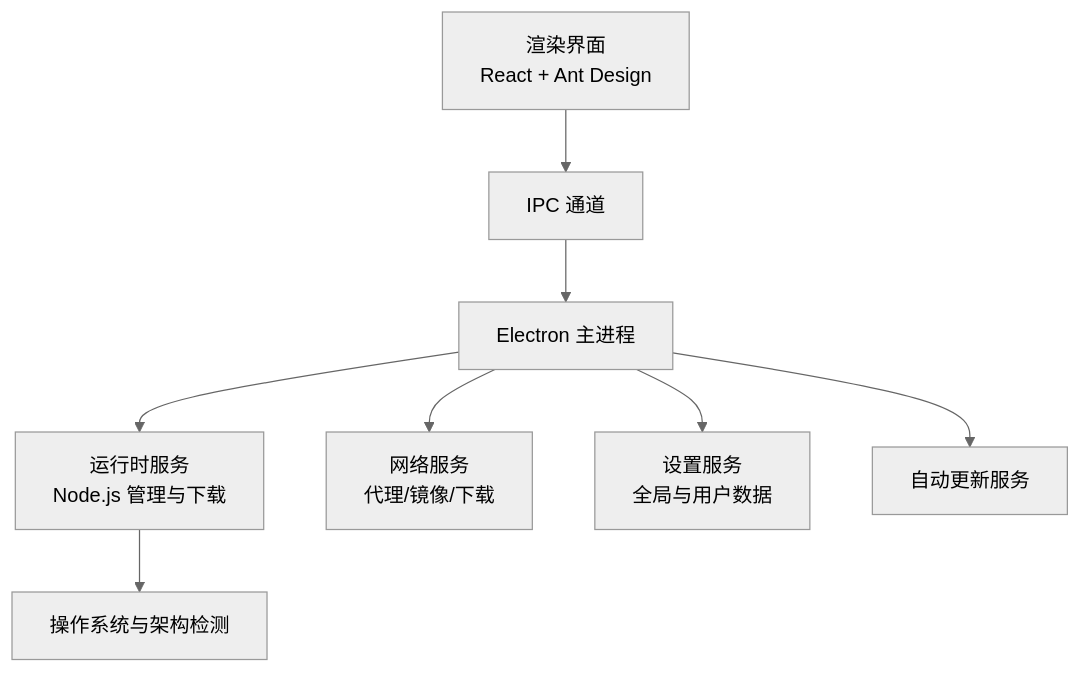
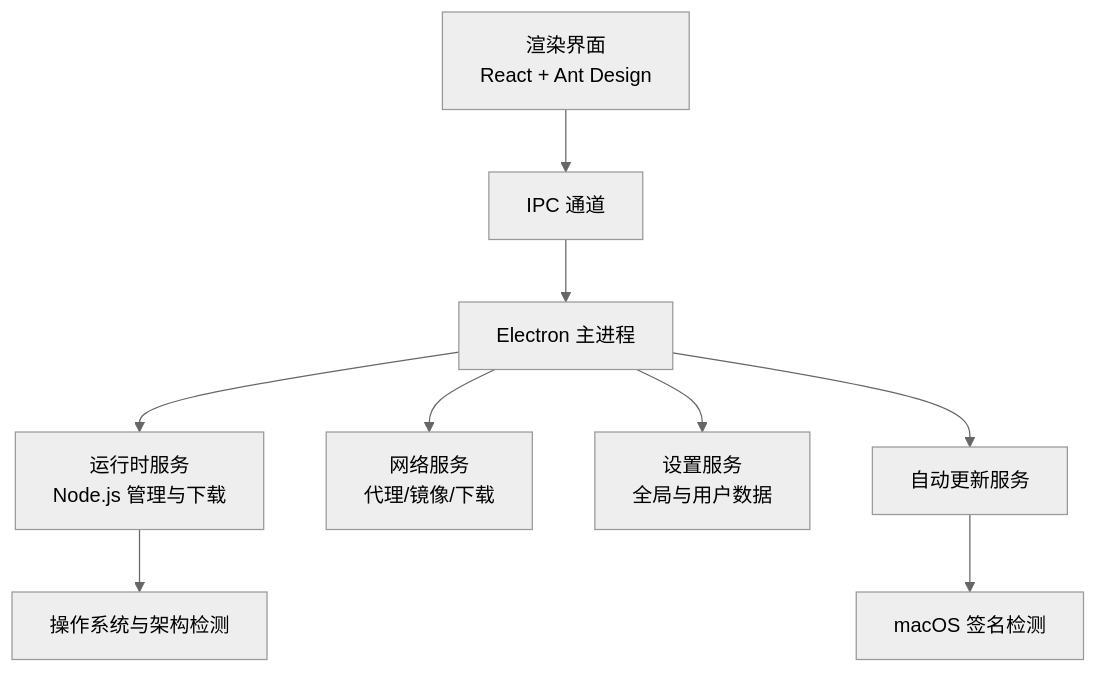
The first of 5 diagrams in .qoder/repowiki/zh/content/项目概述/系统要求与支持平台.md (hozeeee/script-box), drawn with Mermaid (neutral theme) before and after one commit. The commit also changed other lines of this file and 5 other files, not shown here.

````diff
--- a/.qoder/repowiki/zh/content/项目概述/系统要求与支持平台.md
+++ b/.qoder/repowiki/zh/content/项目概述/系统要求与支持平台.md
@@ -35,10 +48,11 @@
 ```mermaid
 graph TB
 UI["渲染界面<br/>React + Ant Design"] --> IPC["IPC 通道"]
 IPC --> Main["Electron 主进程"]
 Main --> Runtime["运行时服务<br/>Node.js 管理与下载"]
 Main --> Network["网络服务<br/>代理/镜像/下载"]
 Main --> Settings["设置服务<br/>全局与用户数据"]
 Main --> Updater["自动更新服务"]
+Updater --> MacSig["macOS 签名检测"]
 Runtime --> OS["操作系统与架构检测"]
 ```
````
